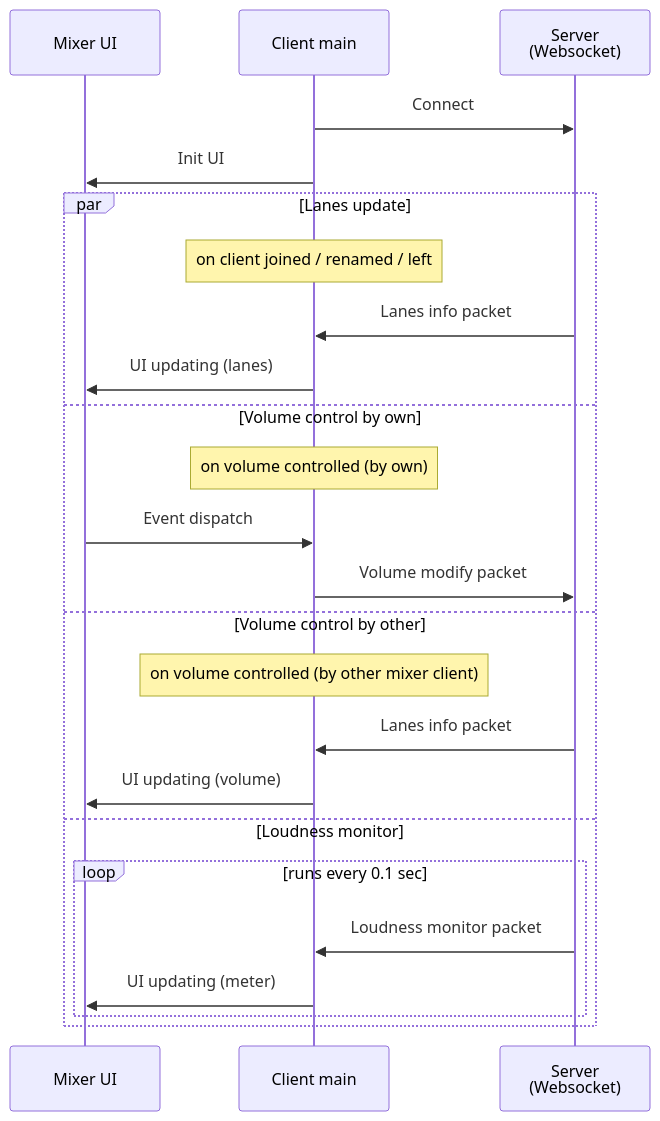
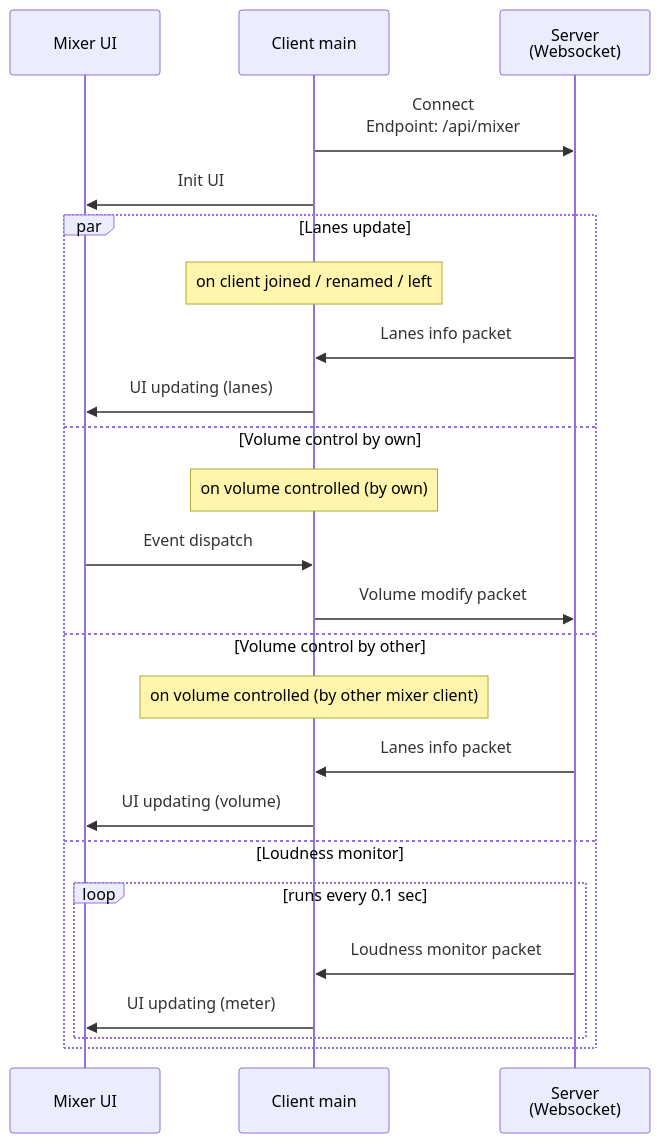
Before and after one commit to aKuad/web-intercom: the diagram in designs/mixer-client-sequence.md, drawn with Mermaid. The commit also changed 2 other files, not shown here.

Commit message:
Add: API endpoints defined & documentation added

````diff
--- a/designs/mixer-client-sequence.md
+++ b/designs/mixer-client-sequence.md
@@ -3,28 +3,28 @@
 ```mermaid
 sequenceDiagram
   participant MU as Mixer UI
   participant CM as Client main
   participant WSS as Server<br>(Websocket)
 
-  CM->>WSS: Connect
+  CM->>WSS: Connect<br>Endpoint: /api/mixer
   CM->>MU: Init UI
 
   par Lanes update
     Note over CM: on client joined / renamed / left
     WSS->>CM: Lanes info packet
     CM->>MU: UI updating (lanes)
   and Volume control by own
     Note over CM: on volume controlled (by own)
     MU->>CM: Event dispatch
     CM->>WSS: Volume modify packet
   and Volume control by other
     Note over CM: on volume controlled (by other mixer client)
     WSS->>CM: Lanes info packet
     CM->>MU: UI updating (volume)
   and Loudness monitor
     loop runs every 0.1 sec
       WSS->>CM: Loudness monitor packet
       CM->>MU: UI updating (meter)
     end
   end
 ```
````
